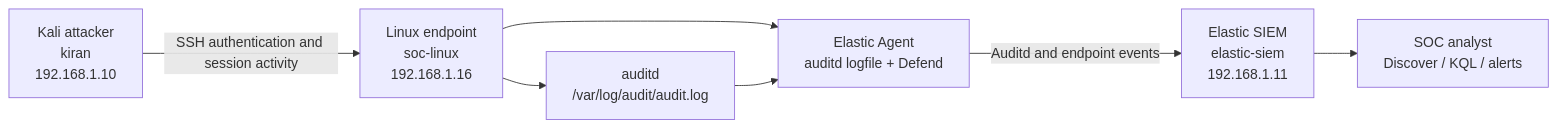
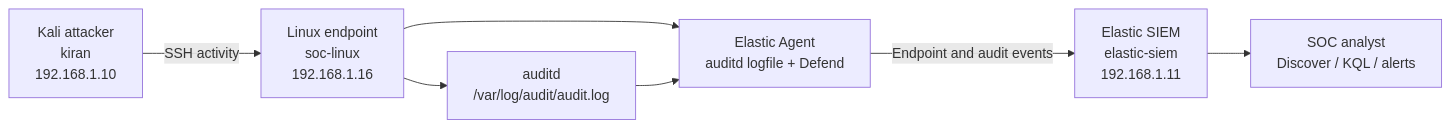
One commit to KdMenon007/CatchMe-SOC-Project-01 changed the first of 10 diagrams in README.md. Above: the diagram before and after it, drawn with Mermaid. The commit also changed other lines of this file, not shown here.

````diff
--- a/README.md
+++ b/README.md
@@ -70,16 +74,15 @@
-``` mermaid
+```mermaid
 flowchart LR
     A["Kali attacker<br/>kiran<br/>192.168.1.10"]
     B["Linux endpoint<br/>soc-linux<br/>192.168.1.16"]
     C["auditd<br/>/var/log/audit/audit.log"]
     D["Elastic Agent<br/>auditd logfile + Defend"]
     E["Elastic SIEM<br/>elastic-siem<br/>192.168.1.11"]
     F["SOC analyst<br/>Discover / KQL / alerts"]
-
-    A -->|"SSH authentication and session activity"| B
+    A -->|"SSH activity"| B
     B --> C
     B --> D
     C --> D
-    D -->|"Auditd and endpoint events"| E
+    D -->|"Endpoint and audit events"| E
     E --> F
 ```
````
